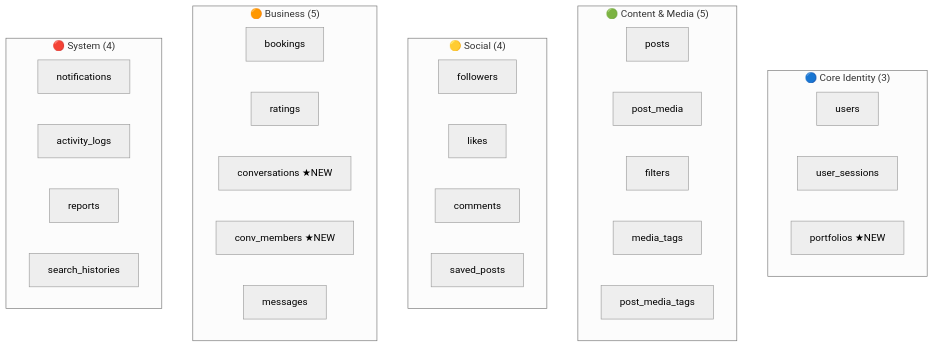
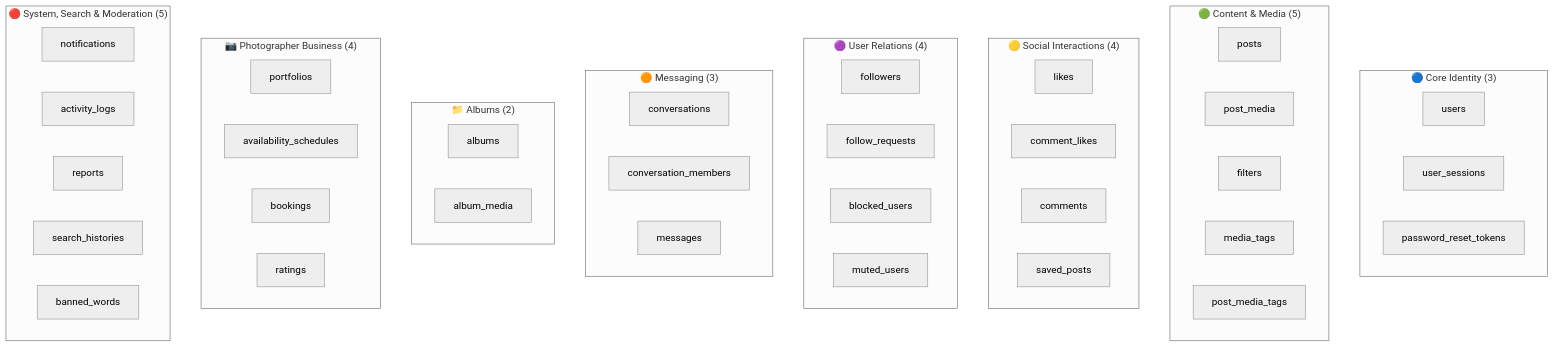
The second of 10 diagrams in docs/instagallery_complete_system.md (PhamNgoc04/InstaGallery-Backend), drawn with Mermaid (neutral theme) before and after one commit. The commit also changed other lines of this file and 34 other files, not shown here.

````diff
--- a/docs/instagallery_complete_system.md
+++ b/docs/instagallery_complete_system.md
@@ -69,19 +69,27 @@
 ```mermaid
 graph TB
     subgraph "🔵 Core Identity (3)"
-        users; user_sessions; portfolios["portfolios ★NEW"]
+        users; user_sessions; password_reset_tokens
     end
     subgraph "🟢 Content & Media (5)"
         posts; post_media; filters; media_tags; post_media_tags
     end
-    subgraph "🟡 Social (4)"
-        followers; likes; comments; saved_posts
+    subgraph "🟡 Social Interactions (4)"
+        likes; comment_likes; comments; saved_posts
     end
-    subgraph "🟠 Business (5)"
-        bookings; ratings; conversations["conversations ★NEW"]
-        conversation_members["conv_members ★NEW"]; messages
+    subgraph "🟣 User Relations (4)"
+        followers; follow_requests; blocked_users; muted_users
     end
-    subgraph "🔴 System (4)"
-        notifications; activity_logs; reports; search_histories
+    subgraph "🟠 Messaging (3)"
+        conversations; conversation_members; messages
+    end
+    subgraph "📁 Albums (2)"
+        albums; album_media
+    end
+    subgraph "📷 Photographer Business (4)"
+        portfolios; availability_schedules; bookings; ratings
+    end
+    subgraph "🔴 System, Search & Moderation (5)"
+        notifications; activity_logs; reports; search_histories; banned_words
     end
 ```
````
